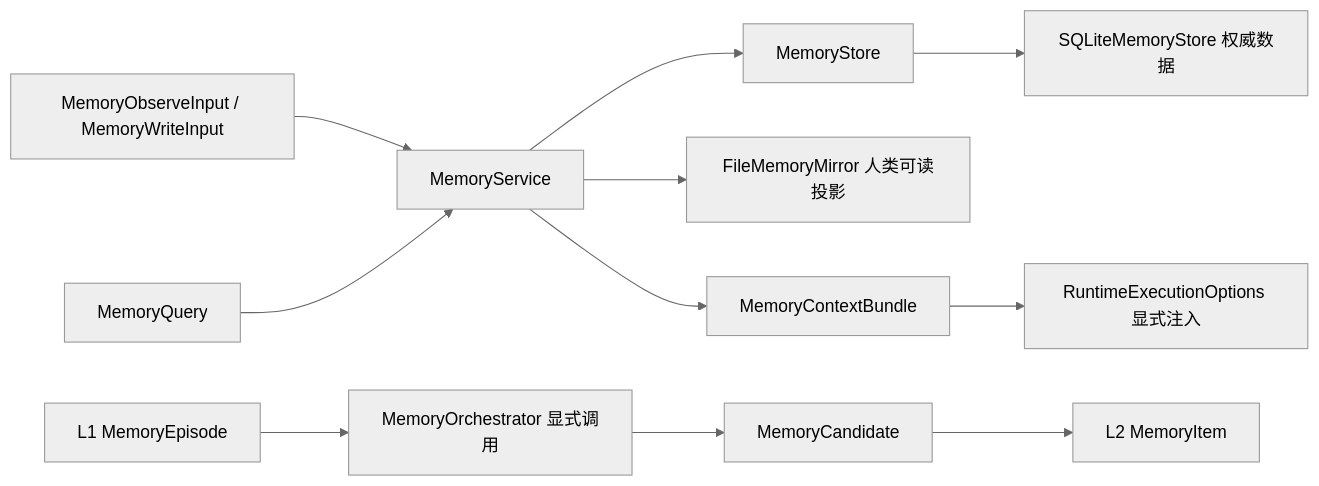
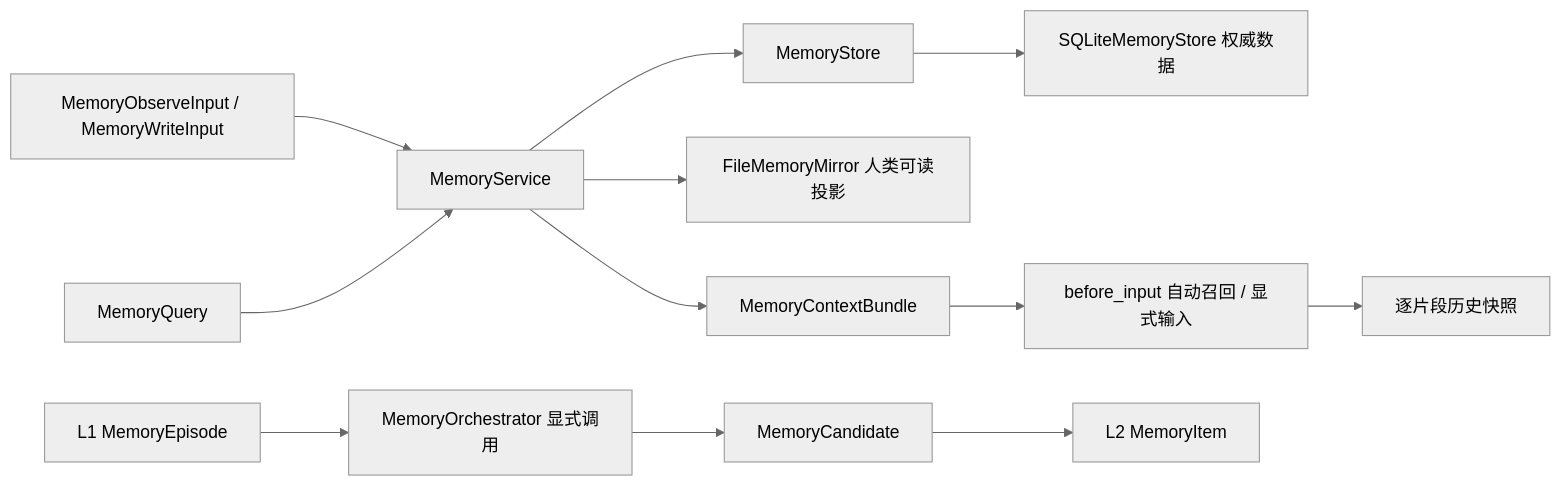
One commit to Tsubaki-01/Iris changed the diagram in src/iris/memory/README.md. Above: the diagram before and after it, drawn with Mermaid (neutral theme). The commit also changed other lines of this file and 24 other files, not shown here.

````diff
--- a/src/iris/memory/README.md
+++ b/src/iris/memory/README.md
@@ -57,13 +71,14 @@
 ```mermaid
 flowchart LR
     Input["MemoryObserveInput / MemoryWriteInput"] --> Service["MemoryService"]
     Service --> Store["MemoryStore"]
     Store --> SQLite["SQLiteMemoryStore 权威数据"]
     Service --> Mirror["FileMemoryMirror 人类可读投影"]
     Episode["L1 MemoryEpisode"] --> Orchestrator["MemoryOrchestrator 显式调用"]
     Orchestrator --> Candidate["MemoryCandidate"]
     Candidate --> Item["L2 MemoryItem"]
     Query["MemoryQuery"] --> Service
     Service --> Context["MemoryContextBundle"]
-    Context --> Runtime["RuntimeExecutionOptions 显式注入"]
+    Context --> Runtime["before_input 自动召回 / 显式输入"]
+    Runtime --> History["逐片段历史快照"]
 ```
````
